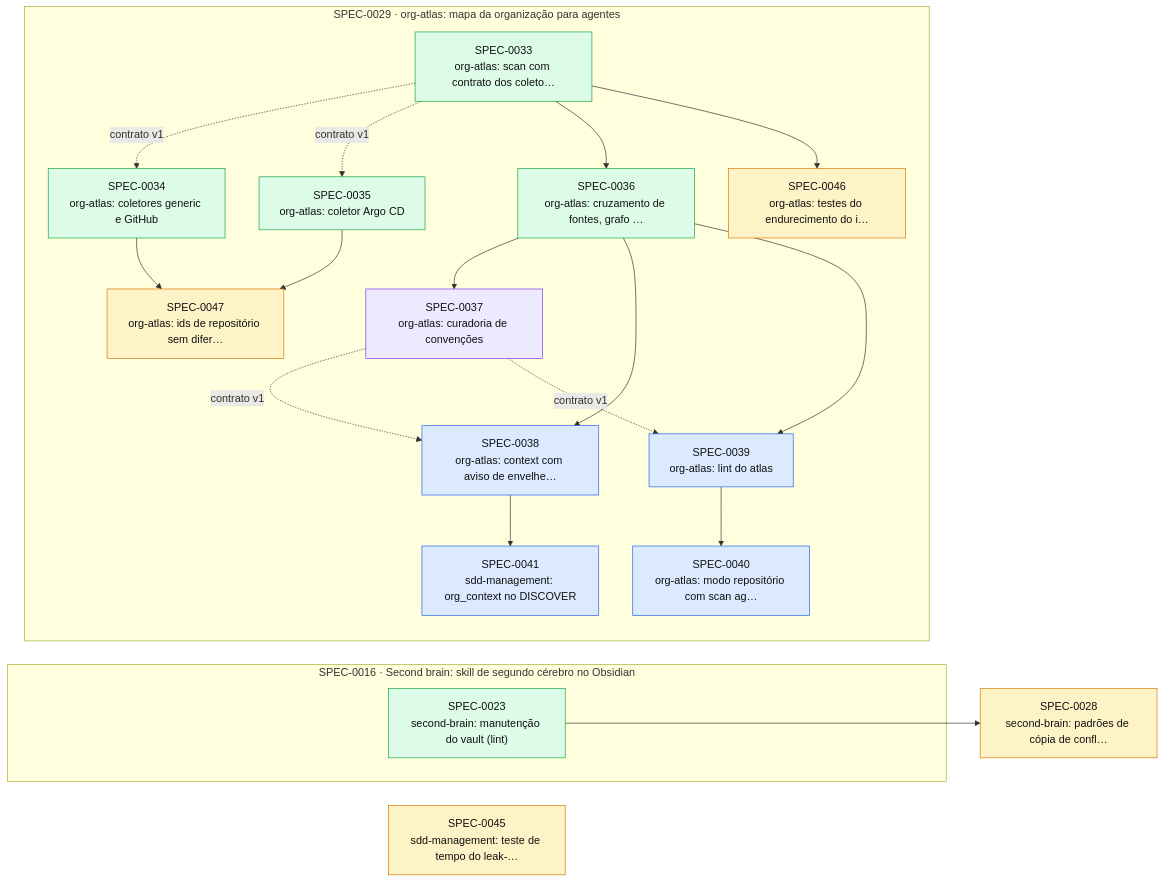
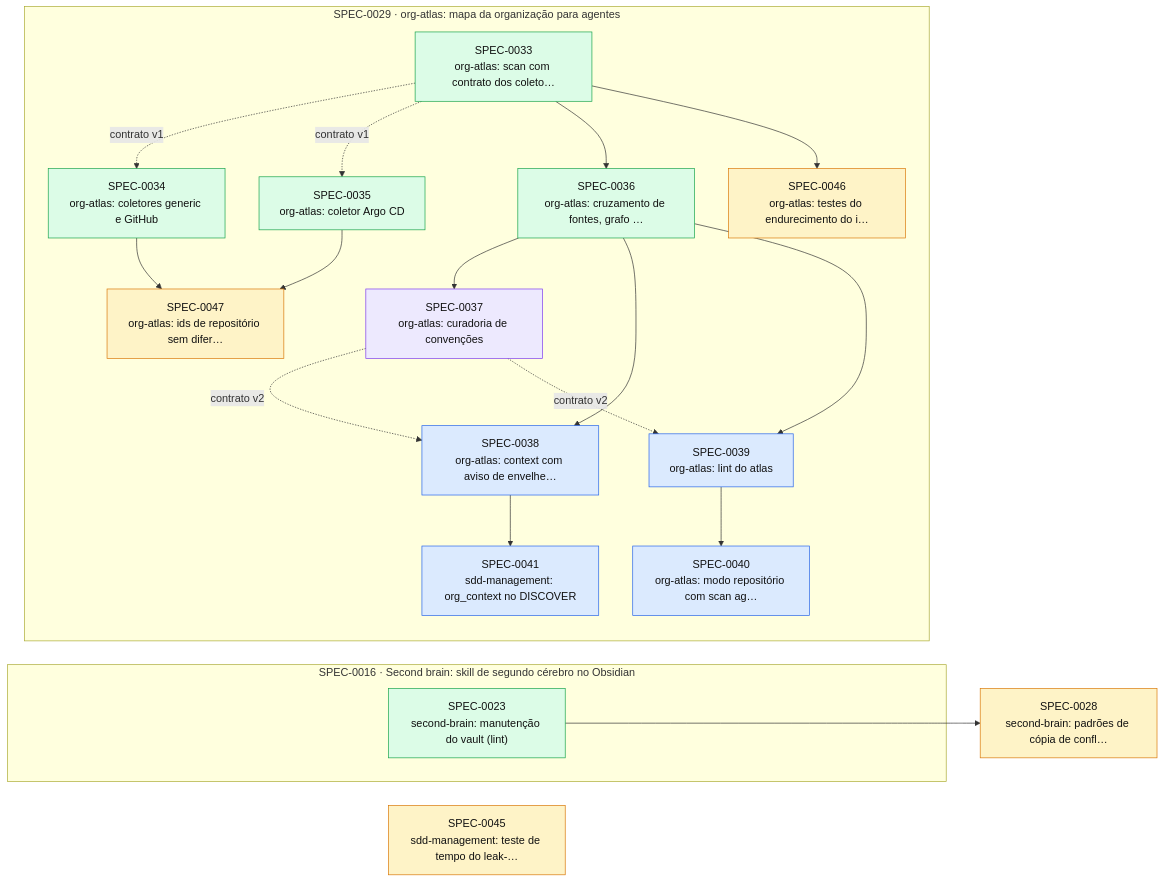
Before and after one commit to thomasravache/ai-dev-brain: the diagram in docs/specs/INDEX.md, drawn with Mermaid. The commit also changed other lines of this file and 3 other files, not shown here.

````diff
--- a/docs/specs/INDEX.md
+++ b/docs/specs/INDEX.md
@@ -62,40 +56,40 @@
 ```mermaid
 flowchart LR
   S0028["SPEC-0028<br/>second-brain: padrões de cópia de confl…"]:::proposed
   S0045["SPEC-0045<br/>sdd-management: teste de tempo do leak-…"]:::proposed
   subgraph E0016["SPEC-0016 · Second brain: skill de segundo cérebro no Obsidian"]
     S0023["SPEC-0023<br/>second-brain: manutenção do vault (lint)"]:::implemented
   end
   subgraph E0029["SPEC-0029 · org-atlas: mapa da organização para agentes"]
     S0033["SPEC-0033<br/>org-atlas: scan com contrato dos coleto…"]:::implemented
     S0034["SPEC-0034<br/>org-atlas: coletores generic e GitHub"]:::implemented
     S0035["SPEC-0035<br/>org-atlas: coletor Argo CD"]:::implemented
     S0036["SPEC-0036<br/>org-atlas: cruzamento de fontes, grafo …"]:::implemented
     S0037["SPEC-0037<br/>org-atlas: curadoria de convenções"]:::inprogress
     S0038["SPEC-0038<br/>org-atlas: context com aviso de envelhe…"]:::approved
     S0039["SPEC-0039<br/>org-atlas: lint do atlas"]:::approved
     S0040["SPEC-0040<br/>org-atlas: modo repositório com scan ag…"]:::approved
     S0041["SPEC-0041<br/>sdd-management: org_context no DISCOVER"]:::approved
     S0046["SPEC-0046<br/>org-atlas: testes do endurecimento do i…"]:::proposed
     S0047["SPEC-0047<br/>org-atlas: ids de repositório sem difer…"]:::proposed
   end
   S0023 --> S0028
   S0033 -. contrato v1 .-> S0034
   S0033 -. contrato v1 .-> S0035
   S0033 --> S0036
   S0036 --> S0037
   S0036 --> S0038
-  S0037 -. contrato v1 .-> S0038
+  S0037 -. contrato v2 .-> S0038
   S0036 --> S0039
-  S0037 -. contrato v1 .-> S0039
+  S0037 -. contrato v2 .-> S0039
   S0039 --> S0040
   S0038 --> S0041
   S0033 --> S0046
   S0034 --> S0047
   S0035 --> S0047
   classDef proposed fill:#fef3c7,stroke:#d97706,color:#111
   classDef approved fill:#dbeafe,stroke:#2563eb,color:#111
   classDef inprogress fill:#ede9fe,stroke:#7c3aed,color:#111
   classDef implemented fill:#dcfce7,stroke:#16a34a,color:#111
   classDef deprecated fill:#f3f4f6,stroke:#9ca3af,color:#6b7280
 ```
````
